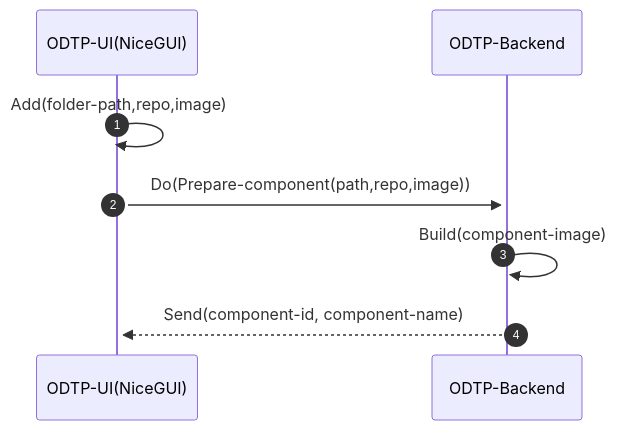
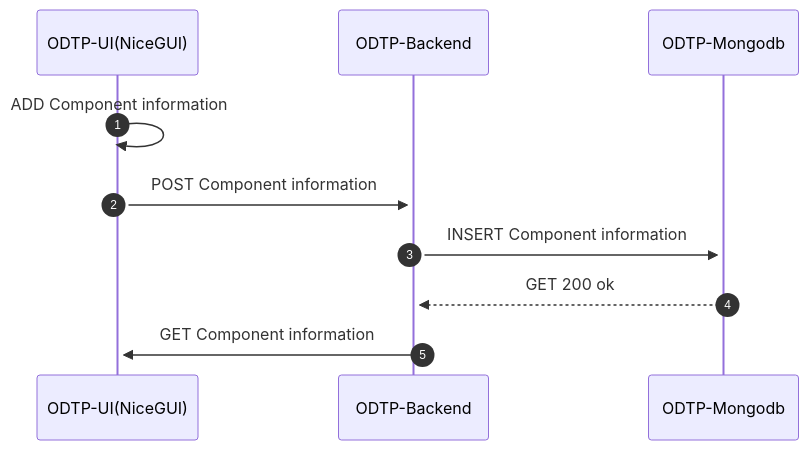
The second of 6 diagrams in docs/odtp_diagrams.md (odtp-org/odtp-manuals), drawn with Mermaid before and after one commit. The commit also changed other lines of this file, not shown here.

Commit message:
update sequence diagram

````diff
--- a/docs/odtp_diagrams.md
+++ b/docs/odtp_diagrams.md
@@ -21,8 +31,9 @@
 ``` mermaid
 sequenceDiagram
   autonumber
-   ODTP-UI(NiceGUI)->>+ODTP-UI(NiceGUI): Add(folder-path,repo,image)
-   ODTP-UI(NiceGUI)->>+ODTP-Backend: Do(Prepare-component(path,repo,image))
-   ODTP-Backend->>+ODTP-Backend: Build(component-image)
-   ODTP-Backend-->>+ODTP-UI(NiceGUI): Send(component-id, component-name)
+   ODTP-UI(NiceGUI)->>+ODTP-UI(NiceGUI): ADD Component information
+   ODTP-UI(NiceGUI)->>+ODTP-Backend: POST Component information
+   ODTP-Backend->>+ODTP-Mongodb: INSERT Component information
+   ODTP-Mongodb-->>+ODTP-Backend: GET 200 ok
+   ODTP-Backend->>+ODTP-UI(NiceGUI): GET Component information
 ```
````
